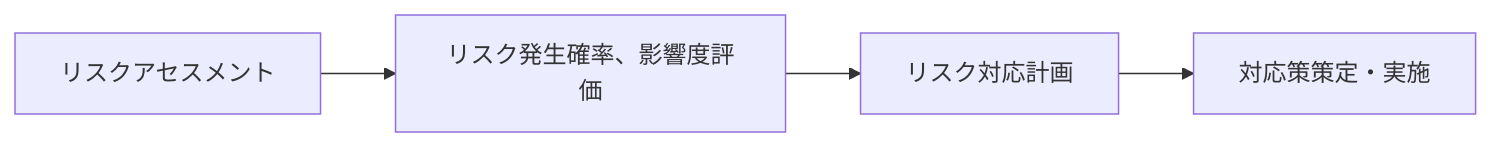
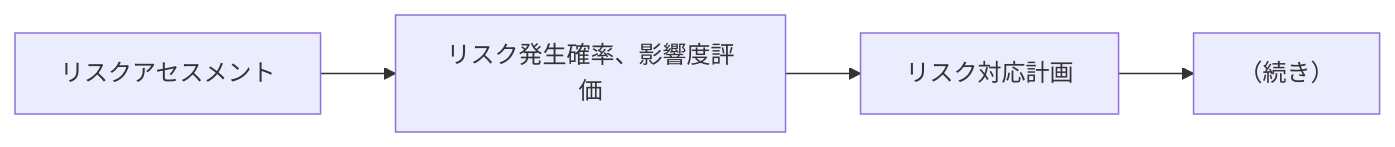
Before and after one commit to SparklingDetergent/doc_genai_How_to_evaluate_the_cost-effectiveness_of_using_generative_AI_for_business_purposes: diagram 15 of 21 in README.md, drawn with Mermaid. The commit also changed other lines of this file, not shown here.

````diff
--- a/README.md
+++ b/README.md
@@ -406,6 +406,6 @@
 ```mermaid
 graph LR
     A[リスクアセスメント] --> B[リスク発生確率、影響度評価]
     B --> C[リスク対応計画]
-    C --> D[対応策策定・実施]
+    C --> D[（続き）]
 ```
````
